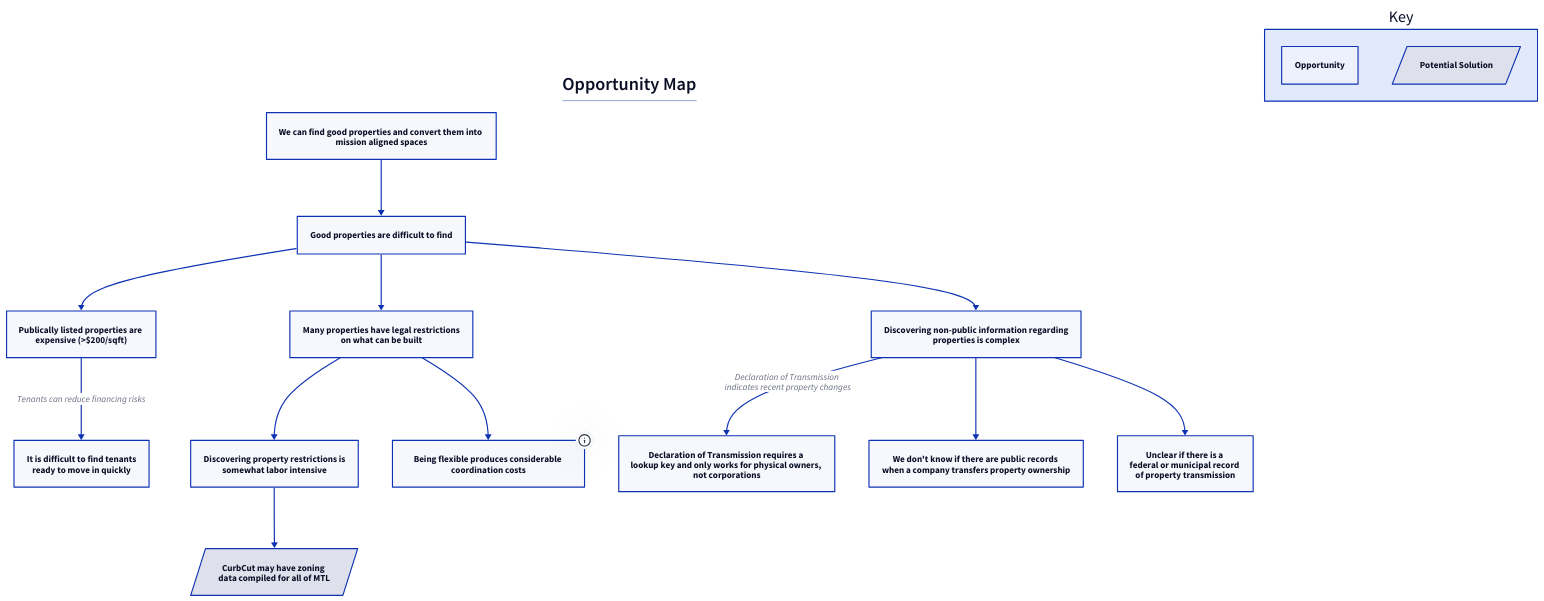
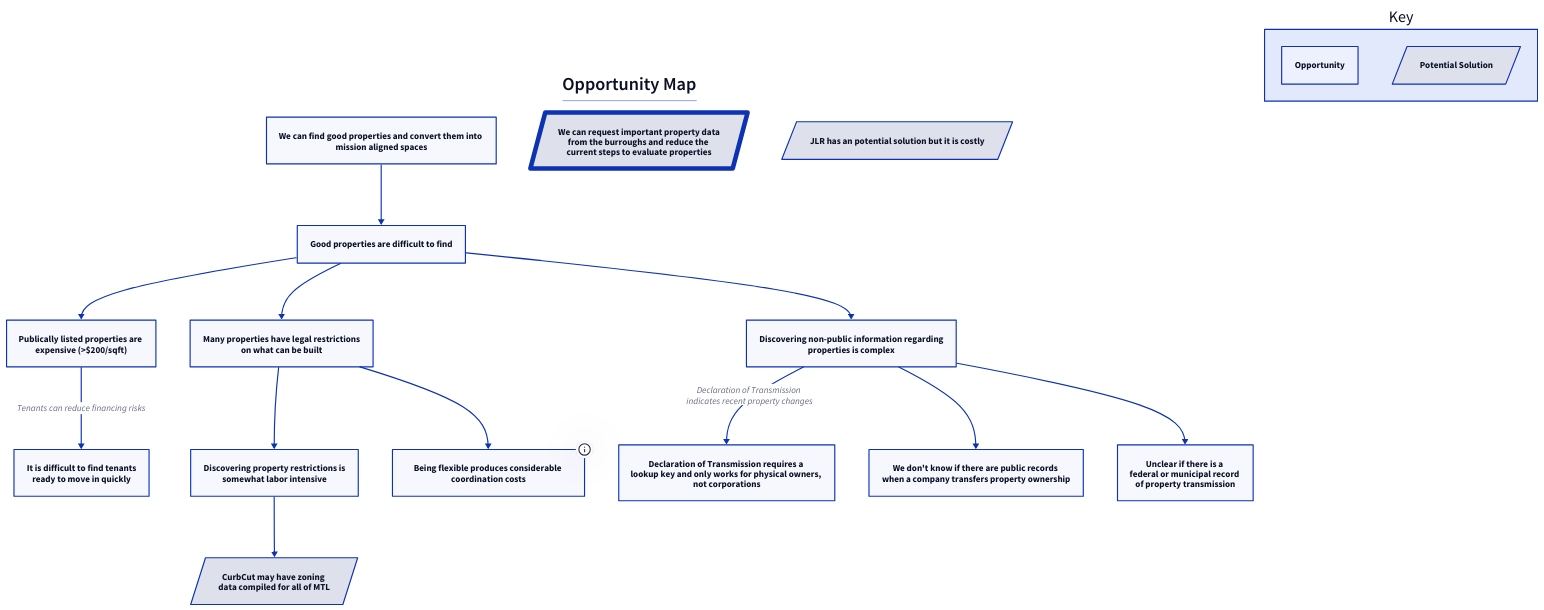
Before and after one commit to CivicTechMTL/BriqueParBriqueData: the diagram in research/opportunity-map.d2, drawn with D2. The commit also changed 1 other file, not shown here.

```diff
--- a/research/opportunity-map.d2
+++ b/research/opportunity-map.d2
@@ -1,45 +1,56 @@
 title: |md 
     # Opportunity Map 
 | { near: top-center }
 
 key: "Key" {
     near: top-right
     Opportunity
     Potential Solution: { shape: parallelogram }
 }
 
 root: "We can find good properties and convert them into \nmission aligned spaces"
 properties: "Good properties are difficult to find"
 property-expense: "Publically listed properties are \nexpensive (>\$200/sqft)"
 property-restrictions: "Many properties have legal restrictions\non what can be built"
 
 flexibility-cost: {
     label: "Being flexible produces considerable \ncoordination costs"
     tooltip: "Commercial REITs can have huge holdings but few employees by specializing"
 }
 find-tenants: "It is difficult to find tenants\nready to move in quickly"
 
 
 root -> properties
 properties -> property-expense
 properties -> property-restrictions
 discover-prop-restrictions: "Discovering property restrictions is\nsomewhat labor intensive"
 property-restrictions -> discover-prop-restrictions
 curbcut: {
     label: "CurbCut may have zoning \ndata compiled for all of MTL"
     shape: parallelogram 
 }
+request-data: {
+    label: "We can request important property data\nfrom the burroughs and reduce the \ncurrent steps to evaluate properties"
+    shape: parallelogram 
+    style: {
+        stroke-width: 8
+    }
+}
+buy-data: {
+    label: "JLR has an potential solution but it is costly"
+    shape: parallelogram 
+}
 discover-prop-restrictions -> curbcut
 
 property-restrictions -> flexibility-cost
 property-expense -> find-tenants: Tenants can reduce financing risks
 
 
 non-public-info: "Discovering non-public information regarding\nproperties is complex"
 properties -> non-public-info
 declaration-of-trans: "Declaration of Transmission requires a \nlookup key and only works for physical owners, \nnot corporations"
 non-public-info -> declaration-of-trans: Declaration of Transmission \nindicates recent property changes
 corp-declaration-of-trans: "We don't know if there are public records \nwhen a company transfers property ownership"
 trans-fed: "Unclear if there is a \nfederal or municipal record \nof property transmission"
 non-public-info -> corp-declaration-of-trans
 non-public-info -> trans-fed
```
